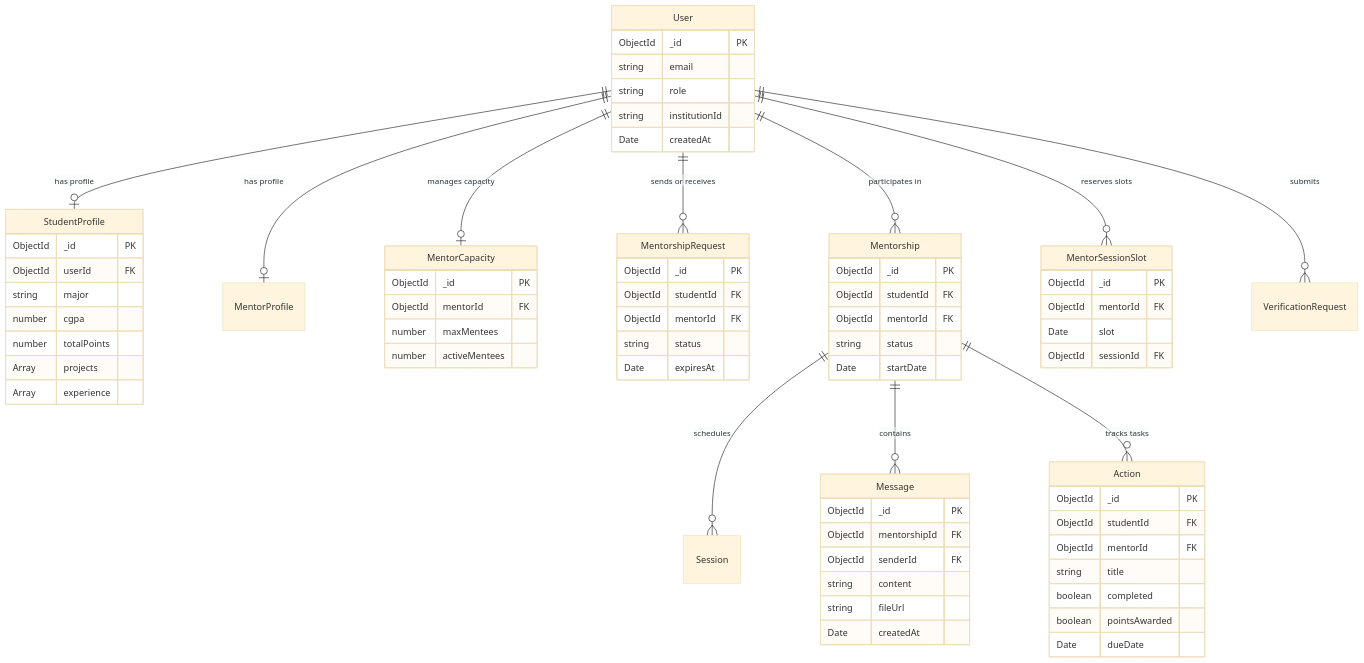
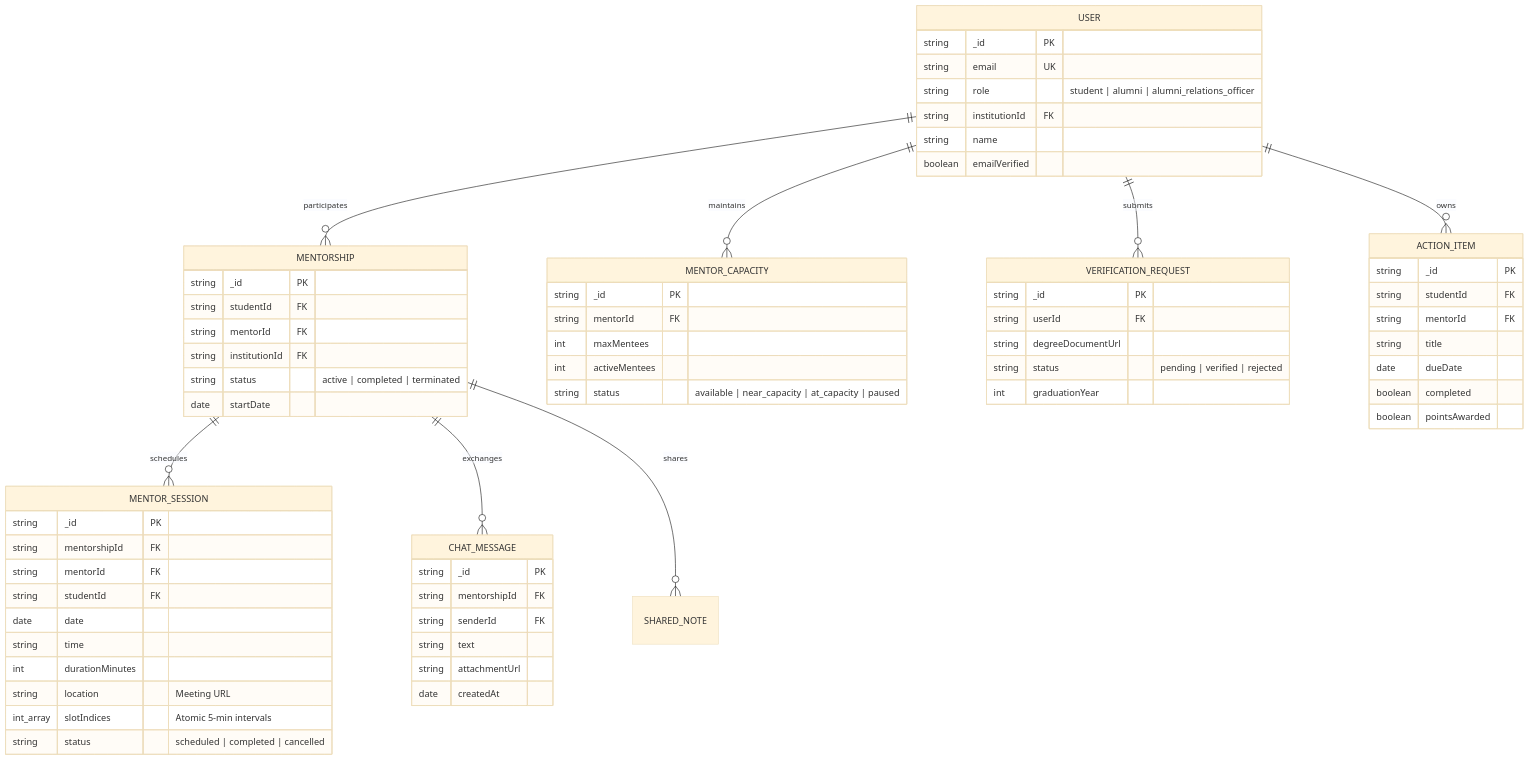
Before and after one commit to ayuush224/Alumini-Mentorship-and-Career-Network: the second of 6 diagrams in README.md, drawn with Mermaid (base theme). The commit also changed other lines of this file and 67 other files, not shown here.

Commit message:
refactor project folder architecture and publish comprehensive documentation

````diff
--- a/README.md
+++ b/README.md
@@ -175,80 +164,76 @@
 ```mermaid
 erDiagram
-    User ||--o| StudentProfile : "has profile"
-    User ||--o| MentorProfile : "has profile"
-    User ||--o| MentorCapacity : "manages capacity"
-    User ||--o{ MentorshipRequest : "sends or receives"
-    User ||--o{ Mentorship : "participates in"
-    Mentorship ||--o{ Session : "schedules"
-    Mentorship ||--o{ Message : "contains"
-    Mentorship ||--o{ Action : "tracks tasks"
-    User ||--o{ MentorSessionSlot : "reserves slots"
-    User ||--o{ VerificationRequest : "submits"
+    USER ||--o{ MENTORSHIP : participates
+    USER ||--o{ MENTOR_CAPACITY : maintains
+    USER ||--o{ VERIFICATION_REQUEST : submits
+    USER ||--o{ ACTION_ITEM : owns
+    MENTORSHIP ||--o{ MENTOR_SESSION : schedules
+    MENTORSHIP ||--o{ CHAT_MESSAGE : exchanges
+    MENTORSHIP ||--o{ SHARED_NOTE : shares
 
-    User {
-        ObjectId _id PK
-        string email
-        string role
-        string institutionId
-        Date createdAt
+    USER {
+        string _id PK
+        string email UK
+        string role "student | alumni | alumni_relations_officer"
+        string institutionId FK
+        string name
+        boolean emailVerified
     }
 
-    StudentProfile {
-        ObjectId _id PK
-        ObjectId userId FK
-        string major
-        number cgpa
-        number totalPoints
-        Array projects
-        Array experience
+    MENTOR_CAPACITY {
+        string _id PK
+        string mentorId FK
+        int maxMentees
+        int activeMentees
+        string status "available | near_capacity | at_capacity | paused"
     }
 
-    MentorCapacity {
-        ObjectId _id PK
-        ObjectId mentorId FK
-        number maxMentees
-        number activeMentees
+    MENTORSHIP {
+        string _id PK
+        string studentId FK
+        string mentorId FK
+        string institutionId FK
+        string status "active | completed | terminated"
+        date startDate
     }
 
-    MentorshipRequest {
-        ObjectId _id PK
-        ObjectId studentId FK
-        ObjectId mentorId FK
-        string status
-        Date expiresAt
+    MENTOR_SESSION {
+        string _id PK
+        string mentorshipId FK
+        string mentorId FK
+        string studentId FK
+        date date
+        string time
+        int durationMinutes
+        string location "Meeting URL"
+        int_array slotIndices "Atomic 5-min intervals"
+        string status "scheduled | completed | cancelled"
     }
 
-    Mentorship {
-        ObjectId _id PK
-        ObjectId studentId FK
-        ObjectId mentorId FK
-        string status
-        Date startDate
+    ACTION_ITEM {
+        string _id PK
+        string studentId FK
+        string mentorId FK
+        string title
+        date dueDate
+        boolean completed
+        boolean pointsAwarded
     }
 
-    MentorSessionSlot {
-        ObjectId _id PK
-        ObjectId mentorId FK
-        Date slot
-        ObjectId sessionId FK
+    CHAT_MESSAGE {
+        string _id PK
+        string mentorshipId FK
+        string senderId FK
+        string text
+        string attachmentUrl
+        date createdAt
     }
 
-    Message {
-        ObjectId _id PK
-        ObjectId mentorshipId FK
-        ObjectId senderId FK
-        string content
-        string fileUrl
-        Date createdAt
-    }
-
-    Action {
-        ObjectId _id PK
-        ObjectId studentId FK
-        ObjectId mentorId FK
-        string title
-        boolean completed
-        boolean pointsAwarded
-        Date dueDate
+    VERIFICATION_REQUEST {
+        string _id PK
+        string userId FK
+        string degreeDocumentUrl
+        string status "pending | verified | rejected"
+        int graduationYear
     }
 ```
````
